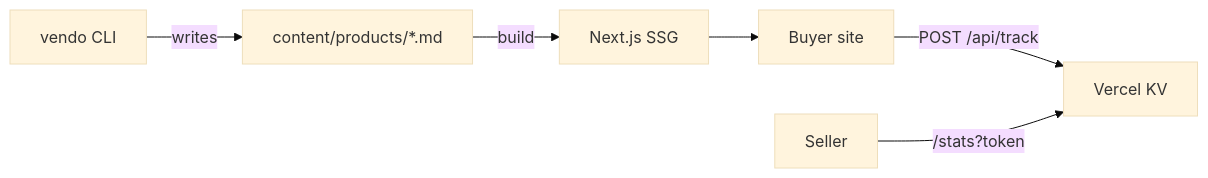
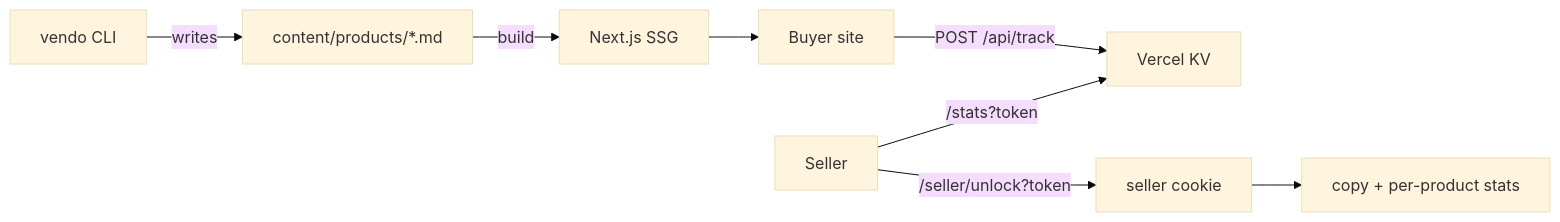
One commit to matiasbaldanza/vendo changed the diagram in README.md. Above: the diagram before and after it, drawn with Mermaid (base theme). The commit also changed other lines of this file and 24 other files, not shown here.

First line of the commit message:
feat: Introduce seller mode with authentication and product tools

````diff
--- a/README.md
+++ b/README.md
@@ -15,8 +15,10 @@
 ```mermaid
 flowchart LR
   CLI[vendo CLI] -->|writes| Git[content/products/*.md]
   Git -->|build| Next[Next.js SSG]
   Next --> Site[Buyer site]
   Site -->|POST /api/track| KV[Vercel KV]
+  Seller -->|/seller/unlock?token| Cookie[seller cookie]
+  Cookie --> Crosspost[copy + per-product stats]
   Seller -->|/stats?token| KV
 ```
````
